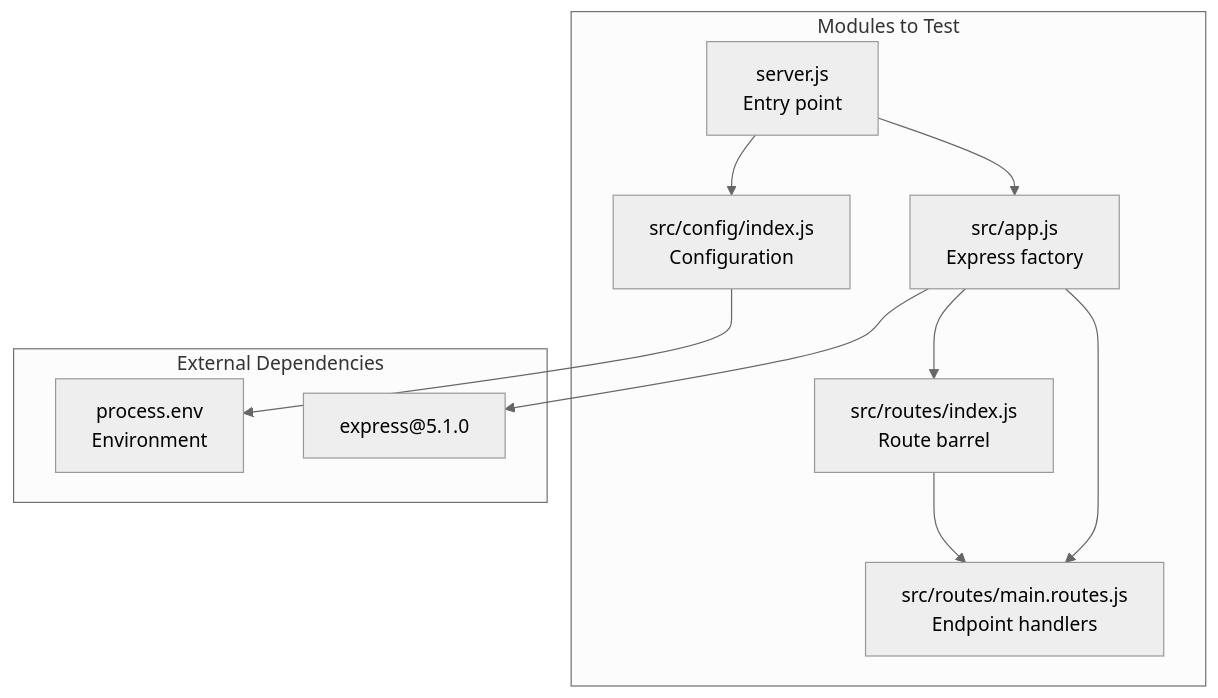
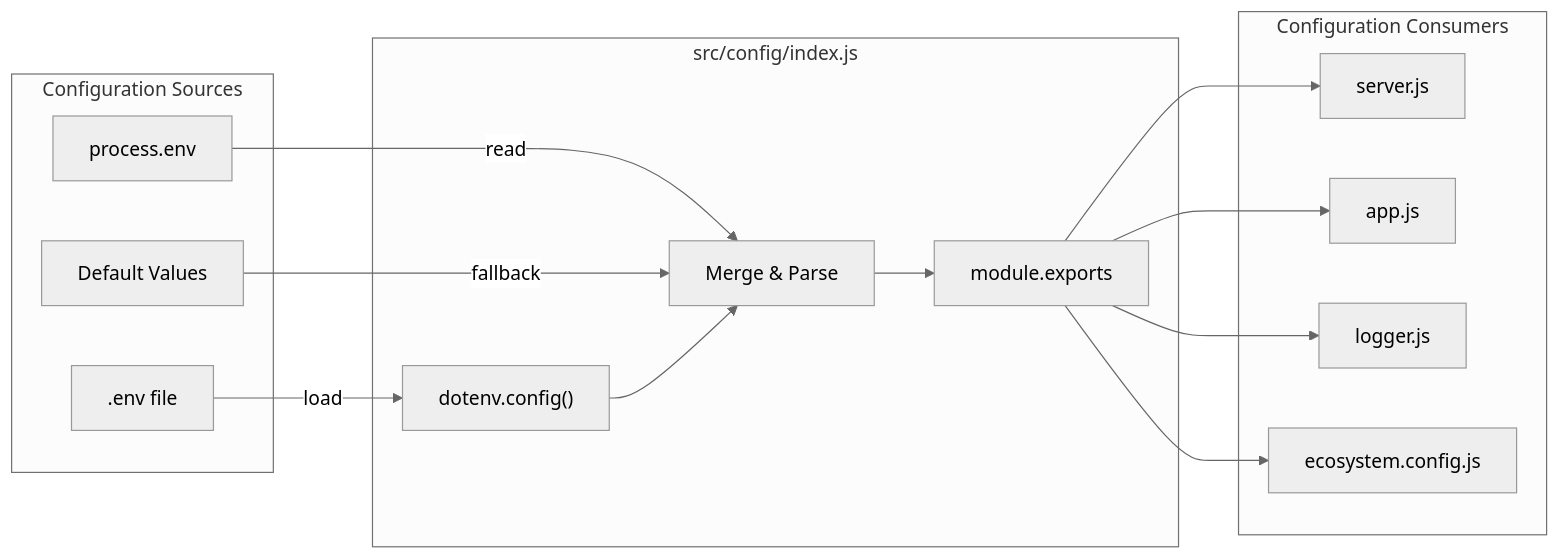
The third of 3 diagrams in blitzy/documentation/Technical Specifications.md (sudhanshu-spec/test-spec), drawn with Mermaid (neutral theme) before and after one commit. The commit also changed other lines of this file, not shown here.

````diff
--- a/blitzy/documentation/Technical Specifications.md
+++ b/blitzy/documentation/Technical Specifications.md
@@ -174,23 +738,31 @@
 ```mermaid
-flowchart TB
-    subgraph TestTargets["Modules to Test"]
-        ServerJS["server.js<br/>Entry point"]
-        AppJS["src/app.js<br/>Express factory"]
-        ConfigJS["src/config/index.js<br/>Configuration"]
-        MainRoutes["src/routes/main.routes.js<br/>Endpoint handlers"]
-        RouteIndex["src/routes/index.js<br/>Route barrel"]
+flowchart LR
+    subgraph Sources["Configuration Sources"]
+        ENV[".env file"]
+        PROCESS["process.env"]
+        DEFAULTS["Default Values"]
     end
     
-    subgraph Dependencies["External Dependencies"]
-        Express["express@5.1.0"]
-        ProcessEnv["process.env<br/>Environment"]
+    subgraph ConfigModule["src/config/index.js"]
+        DOTENV["dotenv.config()"]
+        MERGE["Merge & Parse"]
+        EXPORT["module.exports"]
     end
     
-    ServerJS --> AppJS
-    ServerJS --> ConfigJS
-    AppJS --> MainRoutes
-    AppJS --> RouteIndex
-    RouteIndex --> MainRoutes
-    AppJS --> Express
-    ConfigJS --> ProcessEnv
+    subgraph Consumers["Configuration Consumers"]
+        SERVER["server.js"]
+        APP["app.js"]
+        LOGGER["logger.js"]
+        ECOSYSTEM["ecosystem.config.js"]
+    end
+    
+    ENV -->|load| DOTENV
+    PROCESS -->|read| MERGE
+    DEFAULTS -->|fallback| MERGE
+    DOTENV --> MERGE
+    MERGE --> EXPORT
+    EXPORT --> SERVER
+    EXPORT --> APP
+    EXPORT --> LOGGER
+    EXPORT --> ECOSYSTEM
 ```
````
